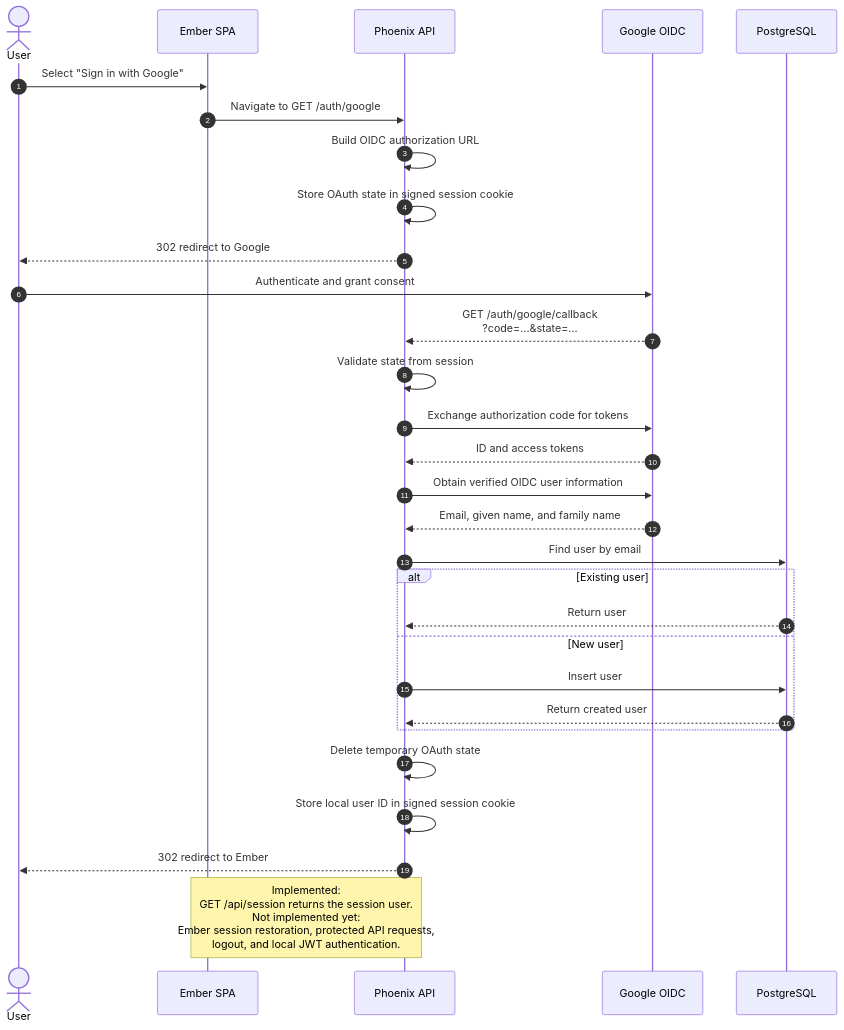
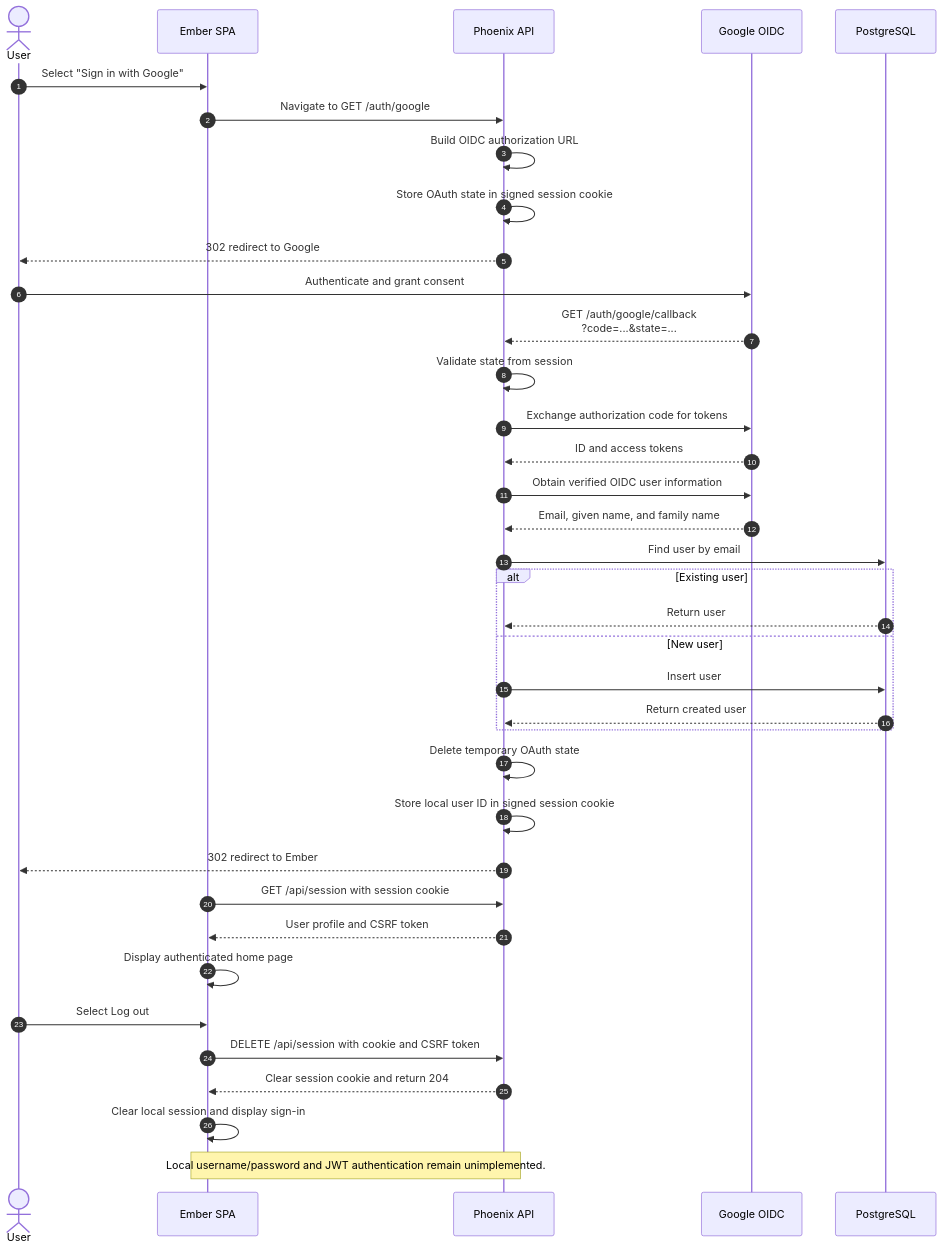
Before and after one commit to egjimenezg/phoenix-ember-sso: the diagram in README.md, drawn with Mermaid. The commit also changed other lines of this file and 20 other files, not shown here.

Commit message:
feat(auth): add JSON:API session restoration and logout

````diff
--- a/README.md
+++ b/README.md
@@ -85,41 +85,49 @@
 ```mermaid
 sequenceDiagram
     autonumber
 
     actor User
     participant Ember as Ember SPA
     participant Phoenix as Phoenix API
     participant Google as Google OIDC
     participant DB as PostgreSQL
 
     User->>Ember: Select "Sign in with Google"
     Ember->>Phoenix: Navigate to GET /auth/google
 
     Phoenix->>Phoenix: Build OIDC authorization URL
     Phoenix->>Phoenix: Store OAuth state in signed session cookie
     Phoenix-->>User: 302 redirect to Google
 
     User->>Google: Authenticate and grant consent
     Google-->>Phoenix: GET /auth/google/callback<br/>?code=...&state=...
 
     Phoenix->>Phoenix: Validate state from session
     Phoenix->>Google: Exchange authorization code for tokens
     Google-->>Phoenix: ID and access tokens
     Phoenix->>Google: Obtain verified OIDC user information
     Google-->>Phoenix: Email, given name, and family name
 
     Phoenix->>DB: Find user by email
 
     alt Existing user
         DB-->>Phoenix: Return user
     else New user
         Phoenix->>DB: Insert user
         DB-->>Phoenix: Return created user
     end
 
     Phoenix->>Phoenix: Delete temporary OAuth state
     Phoenix->>Phoenix: Store local user ID in signed session cookie
     Phoenix-->>User: 302 redirect to Ember
 
-    Note over Ember,Phoenix: Implemented:<br/>GET /api/session returns the session user.<br/>Not implemented yet:<br/>Ember session restoration, protected API requests,<br/>logout, and local JWT authentication.
+    Ember->>Phoenix: GET /api/session with session cookie
+    Phoenix-->>Ember: User profile and CSRF token
+    Ember->>Ember: Display authenticated home page
+    User->>Ember: Select Log out
+    Ember->>Phoenix: DELETE /api/session with cookie and CSRF token
+    Phoenix-->>Ember: Clear session cookie and return 204
+    Ember->>Ember: Clear local session and display sign-in
+
+    Note over Ember,Phoenix: Local username/password and JWT authentication remain unimplemented.
 ```
````
